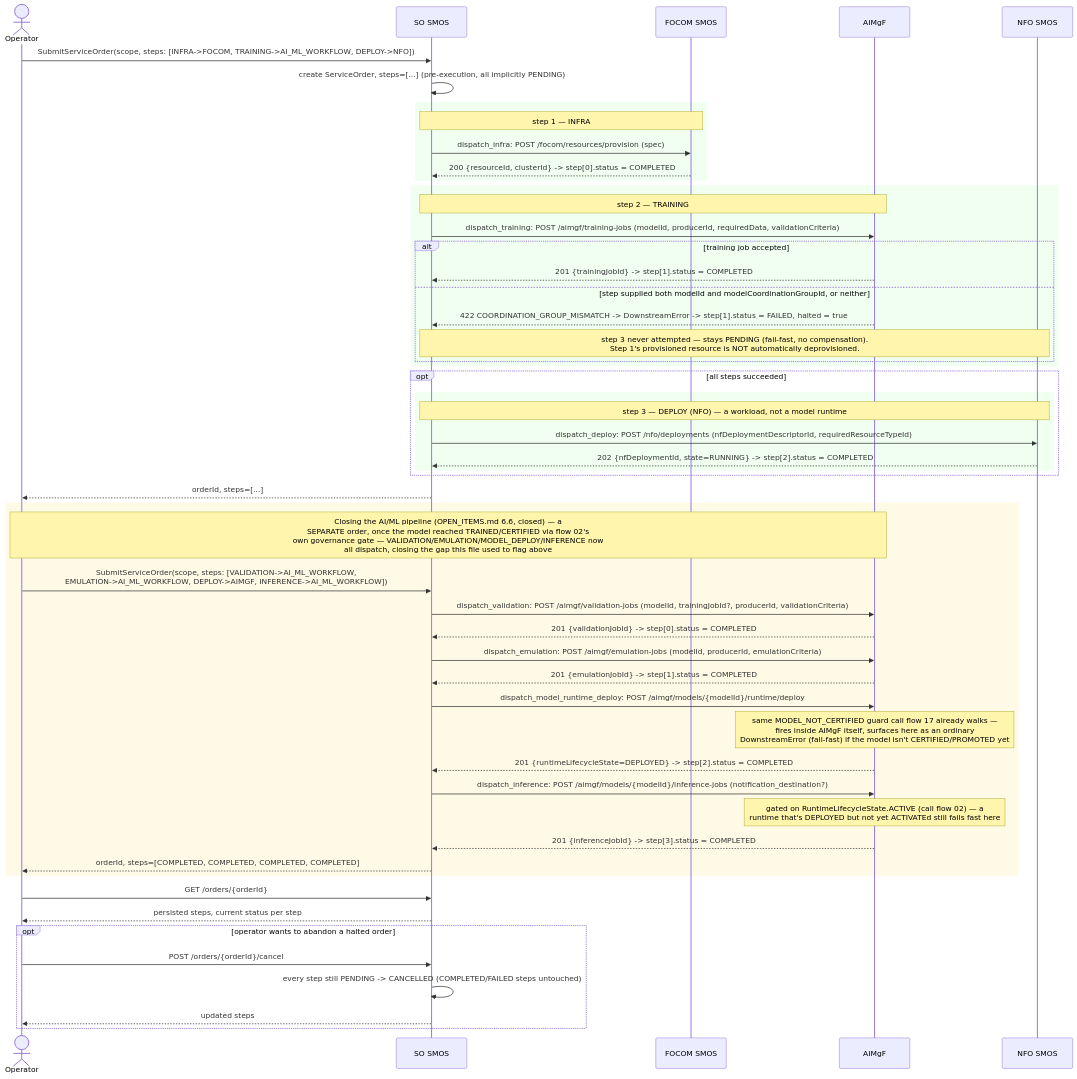
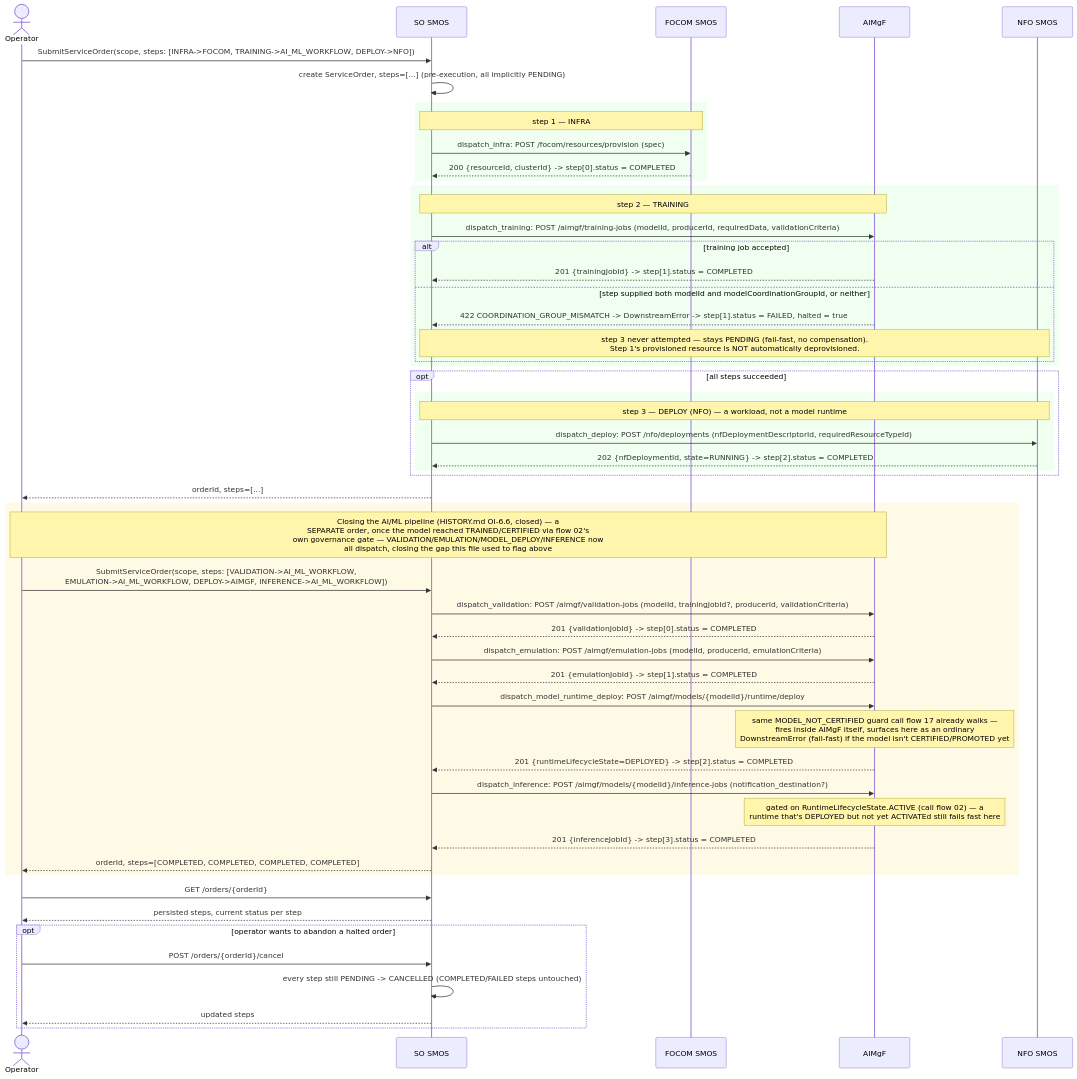
Before and after one commit to rsys-bshankar/ai-ran-ref: the diagram in smo/docs/call-flows/10-so-smos-multi-step-infra-training-deploy.md, drawn with Mermaid. The commit also changed other lines of this file and 24 other files, not shown here.

First line of the commit message:
Docs cleanup: call flows describe the current behaviour

````diff
--- a/smo/docs/call-flows/10-so-smos-multi-step-infra-training-deploy.md
+++ b/smo/docs/call-flows/10-so-smos-multi-step-infra-training-deploy.md
@@ -18,63 +16,63 @@
 ```mermaid
 sequenceDiagram
     actor Operator
     participant SO as SO SMOS
     participant Focom as FOCOM SMOS
     participant AIML as AIMgF
     participant NFO as NFO SMOS
 
     Operator->>SO: SubmitServiceOrder(scope, steps: [INFRA->FOCOM, TRAINING->AI_ML_WORKFLOW, DEPLOY->NFO])
     SO->>SO: create ServiceOrder, steps=[...] (pre-execution, all implicitly PENDING)
 
     rect rgb(240, 255, 240)
     Note over SO,Focom: step 1 — INFRA
     SO->>Focom: dispatch_infra: POST /focom/resources/provision (spec)
     Focom-->>SO: 200 {resourceId, clusterId} -> step[0].status = COMPLETED
     end
 
     rect rgb(240, 255, 240)
     Note over SO,AIML: step 2 — TRAINING
     SO->>AIML: dispatch_training: POST /aimgf/training-jobs (modelId, producerId, requiredData, validationCriteria)
     alt training job accepted
         AIML-->>SO: 201 {trainingJobId} -> step[1].status = COMPLETED
     else step supplied both modelId and modelCoordinationGroupId, or neither
         AIML-->>SO: 422 COORDINATION_GROUP_MISMATCH -> DownstreamError -> step[1].status = FAILED, halted = true
         Note over SO,NFO: step 3 never attempted — stays PENDING (fail-fast, no compensation).<br/>Step 1's provisioned resource is NOT automatically deprovisioned.
     end
     end
 
     opt all steps succeeded
         rect rgb(240, 255, 240)
         Note over SO,NFO: step 3 — DEPLOY (NFO) — a workload, not a model runtime
         SO->>NFO: dispatch_deploy: POST /nfo/deployments (nfDeploymentDescriptorId, requiredResourceTypeId)
         NFO-->>SO: 202 {nfDeploymentId, state=RUNNING} -> step[2].status = COMPLETED
         end
     end
 
     SO-->>Operator: orderId, steps=[...]
 
     rect rgb(255, 250, 230)
-    Note over Operator,AIML: Closing the AI/ML pipeline (OPEN_ITEMS.md 6.6, closed) — a<br/>SEPARATE order, once the model reached TRAINED/CERTIFIED via flow 02's<br/>own governance gate — VALIDATION/EMULATION/MODEL_DEPLOY/INFERENCE now<br/>all dispatch, closing the gap this file used to flag above
+    Note over Operator,AIML: Closing the AI/ML pipeline (HISTORY.md OI-6.6, closed) — a<br/>SEPARATE order, once the model reached TRAINED/CERTIFIED via flow 02's<br/>own governance gate — VALIDATION/EMULATION/MODEL_DEPLOY/INFERENCE now<br/>all dispatch, closing the gap this file used to flag above
     Operator->>SO: SubmitServiceOrder(scope, steps: [VALIDATION->AI_ML_WORKFLOW,<br/>EMULATION->AI_ML_WORKFLOW, DEPLOY->AIMGF, INFERENCE->AI_ML_WORKFLOW])
     SO->>AIML: dispatch_validation: POST /aimgf/validation-jobs (modelId, trainingJobId?, producerId, validationCriteria)
     AIML-->>SO: 201 {validationJobId} -> step[0].status = COMPLETED
     SO->>AIML: dispatch_emulation: POST /aimgf/emulation-jobs (modelId, producerId, emulationCriteria)
     AIML-->>SO: 201 {emulationJobId} -> step[1].status = COMPLETED
     SO->>AIML: dispatch_model_runtime_deploy: POST /aimgf/models/{modelId}/runtime/deploy
     Note over AIML: same MODEL_NOT_CERTIFIED guard call flow 17 already walks —<br/>fires inside AIMgF itself, surfaces here as an ordinary<br/>DownstreamError (fail-fast) if the model isn't CERTIFIED/PROMOTED yet
     AIML-->>SO: 201 {runtimeLifecycleState=DEPLOYED} -> step[2].status = COMPLETED
     SO->>AIML: dispatch_inference: POST /aimgf/models/{modelId}/inference-jobs (notification_destination?)
     Note over AIML: gated on RuntimeLifecycleState.ACTIVE (call flow 02) — a<br/>runtime that's DEPLOYED but not yet ACTIVATEd still fails fast here
     AIML-->>SO: 201 {inferenceJobId} -> step[3].status = COMPLETED
     SO-->>Operator: orderId, steps=[COMPLETED, COMPLETED, COMPLETED, COMPLETED]
     end
 
     Operator->>SO: GET /orders/{orderId}
     SO-->>Operator: persisted steps, current status per step
 
     opt operator wants to abandon a halted order
         Operator->>SO: POST /orders/{orderId}/cancel
         SO->>SO: every step still PENDING -> CANCELLED (COMPLETED/FAILED steps untouched)
         SO-->>Operator: updated steps
     end
 ```
````
